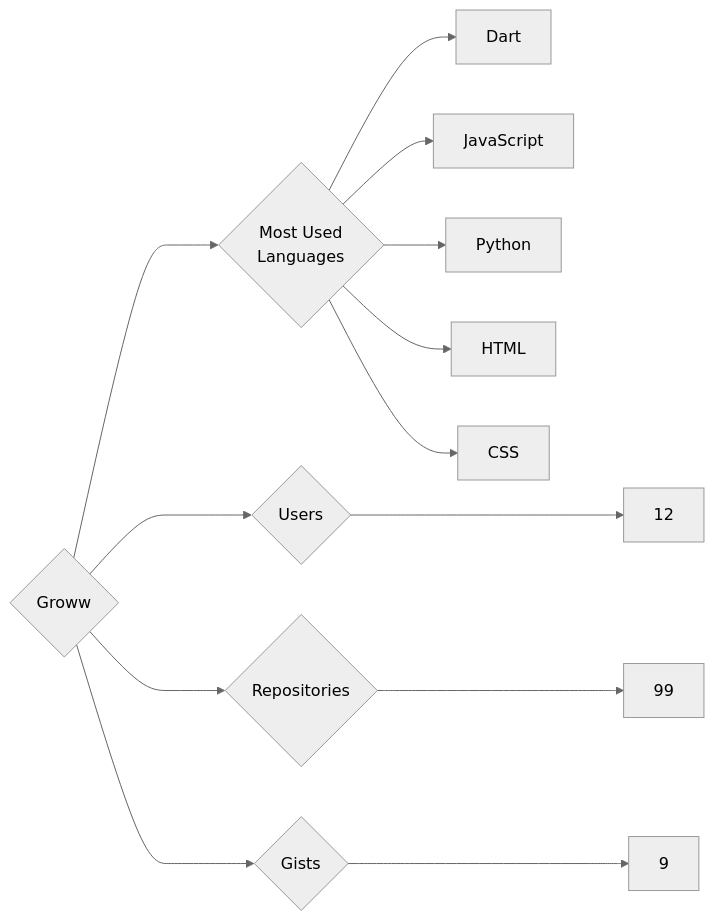
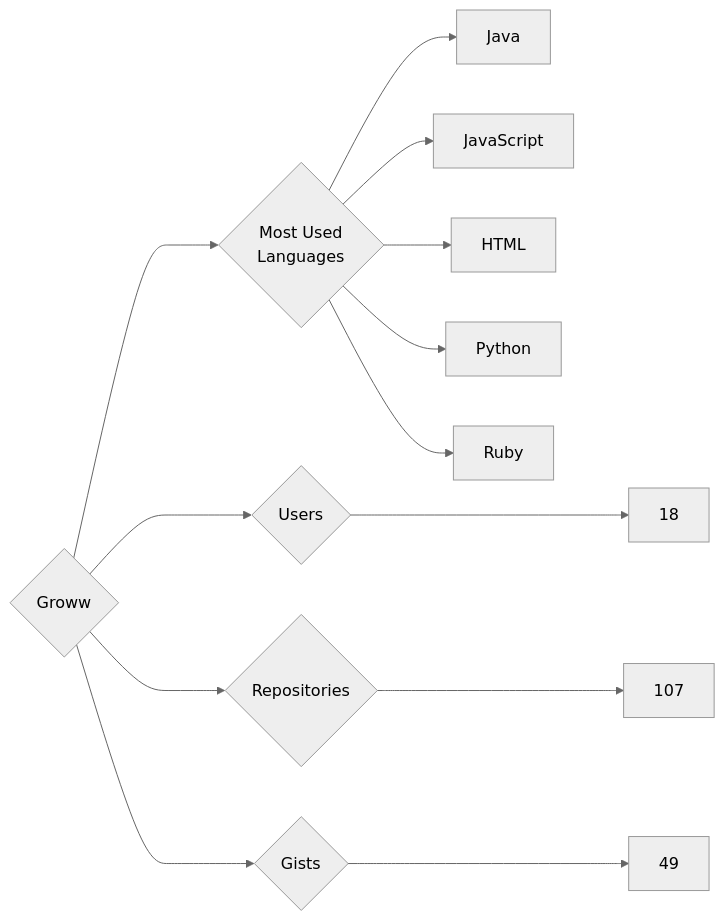
The diagram in targets/Groww/README.md (trickest/insiders), drawn with Mermaid (neutral theme) before and after one commit. The commit also changed 1314 other files, not shown here.

````diff
--- a/targets/Groww/README.md
+++ b/targets/Groww/README.md
@@ -3,13 +3,13 @@
 ```mermaid
 graph LR
 COMPANY_NAME{Groww}
-COMPANY_NAME ---> U{Users} ---> UN[12]
-COMPANY_NAME ---> R{Repositories} ---> RN[99]
-COMPANY_NAME ---> G{Gists} ---> GN[9]
+COMPANY_NAME ---> U{Users} ---> UN[18]
+COMPANY_NAME ---> R{Repositories} ---> RN[107]
+COMPANY_NAME ---> G{Gists} ---> GN[49]
 COMPANY_NAME ---> ML{Most Used<br>Languages}
-ML --> Dart[Dart]
+ML --> Java[Java]
 ML --> JavaScript[JavaScript]
+ML --> HTML[HTML]
 ML --> Python[Python]
-ML --> HTML[HTML]
-ML --> CSS[CSS]
+ML --> Ruby[Ruby]
 ```
````
